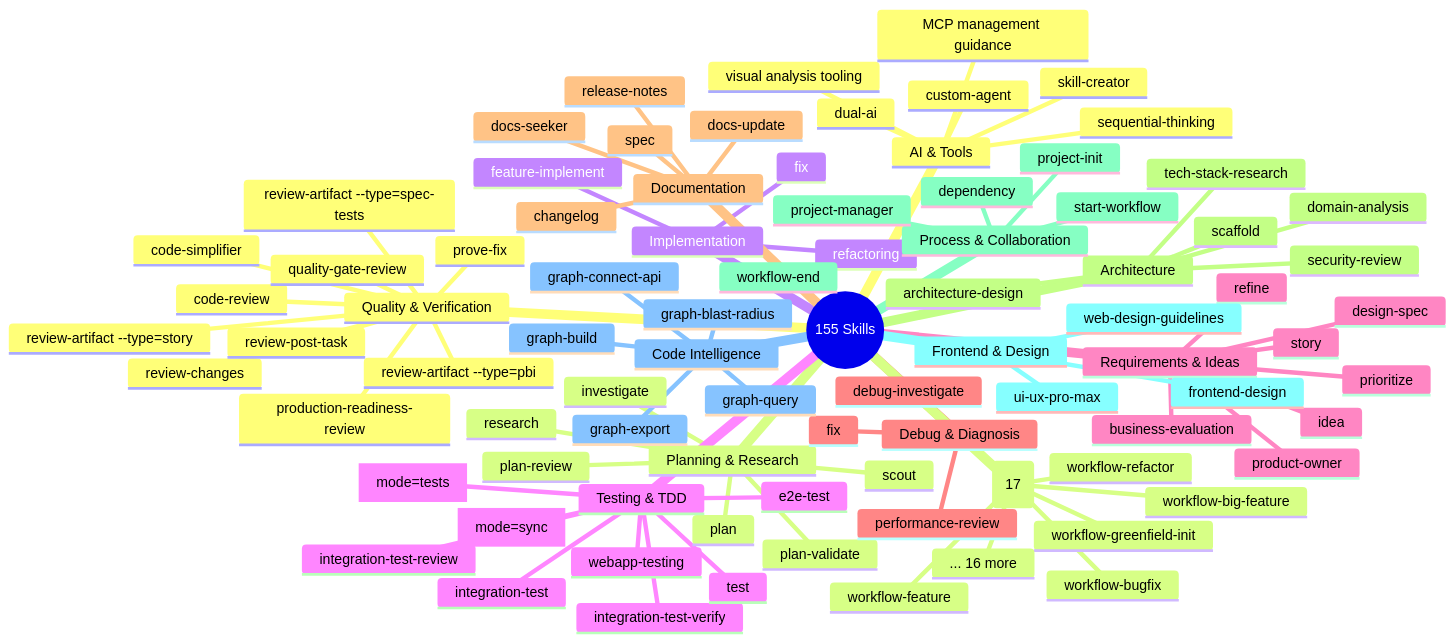
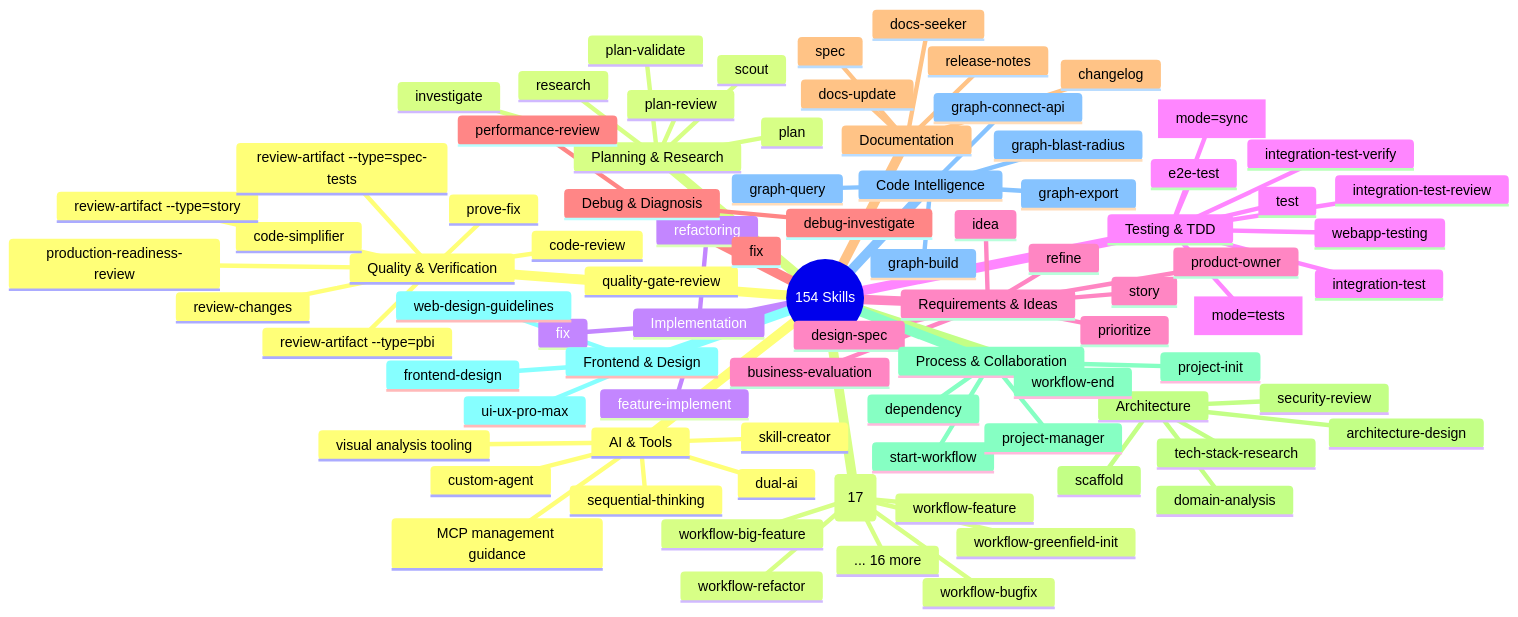
Before and after one commit to duc01226/easy-claude: the fifth of 20 diagrams in .claude/docs/claude-ai-agent-framework-guide.md, drawn with Mermaid. The commit also changed other lines of this file and 327 other files, not shown here.

````diff
--- a/.claude/docs/claude-ai-agent-framework-guide.md
+++ b/.claude/docs/claude-ai-agent-framework-guide.md
@@ -463,12 +459,11 @@
 ```mermaid
 mindmap
-  root((155 Skills))
+  root((154 Skills))
     Quality & Verification
       code-review
       prove-fix
       quality-gate-review
       review-changes
-      review-post-task
       code-simplifier
       production-readiness-review
       review-artifact --type=pbi
````
